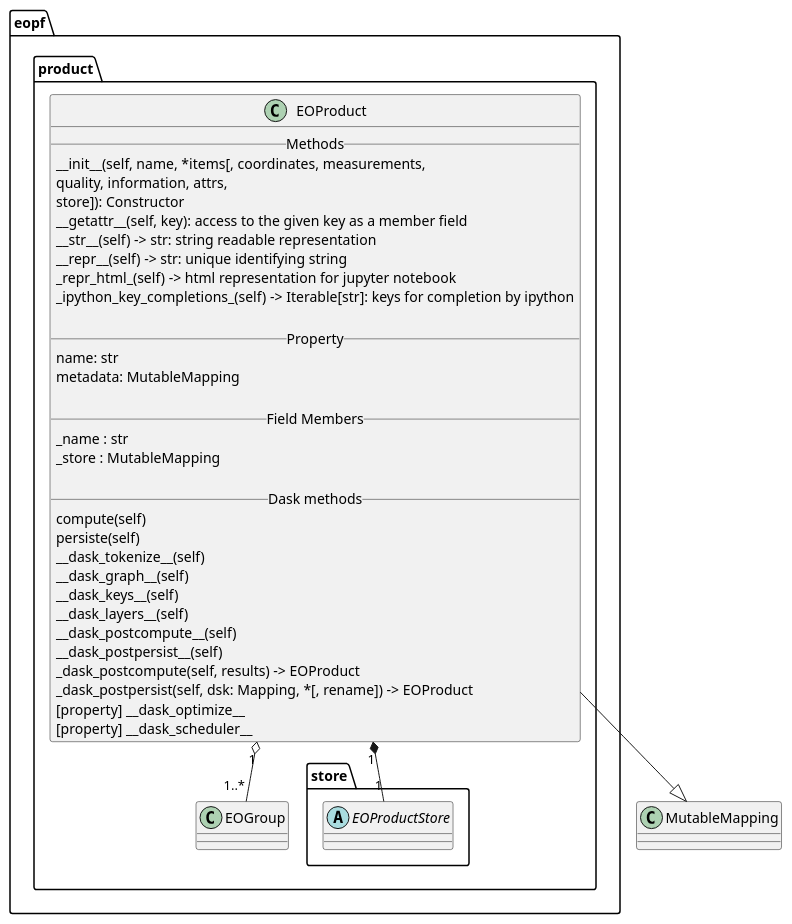
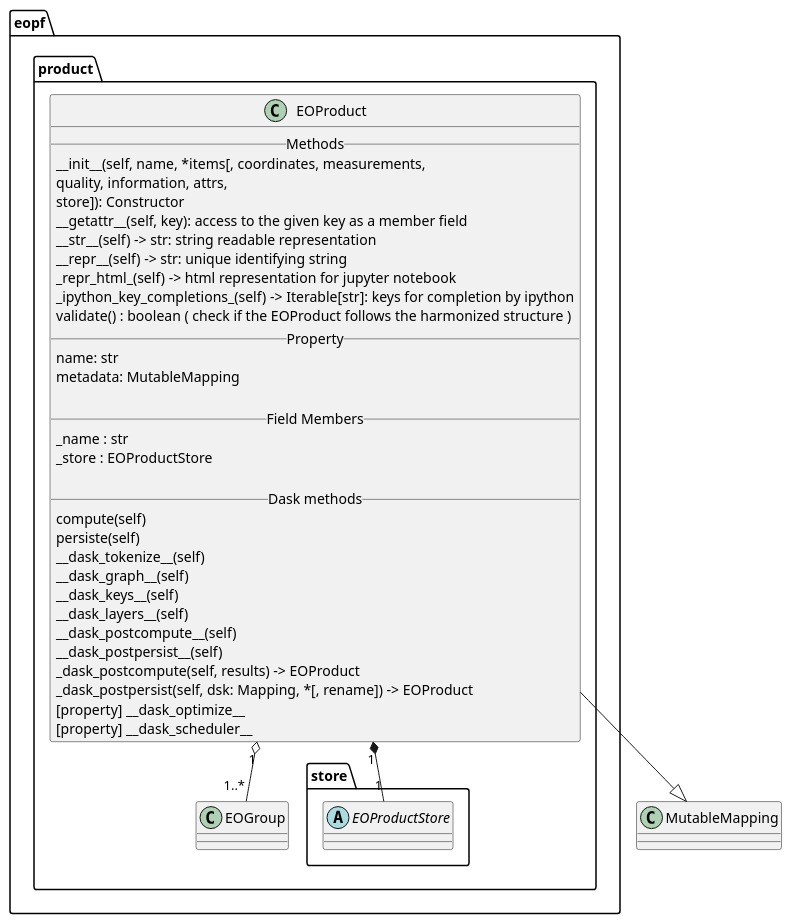
The diagram in docs/plantuml/eopf_product_eoproduct.puml (CSC-DPR/eopf-cpm), drawn with PlantUML before and after one commit.

Commit message:
adding validate function

```diff
--- a/docs/plantuml/eopf_product_eoproduct.puml
+++ b/docs/plantuml/eopf_product_eoproduct.puml
@@ -1,46 +1,46 @@
 @startuml
 package eopf.product {
     class EOProduct {
         ' EOProduct class shall implement Python magic/dunder methods necessary to emulate MutableMapping[Hashable, Group] type. The (Hashable) 'key' being the name of the group.
         __ Methods __
         __init__(self, name, *items[, coordinates, measurements,
             quality, information, attrs,
             store]): Constructor
         __getattr__(self, key): access to the given key as a member field
         __str__(self) -> str: string readable representation
         __repr__(self) -> str: unique identifying string
         _repr_html_(self) -> html representation for jupyter notebook
         _ipython_key_completions_(self) -> Iterable[str]: keys for completion by ipython
-
+         validate() : boolean ( check if the EOProduct follows the harmonized structure )
+        ' REQ-41 add selection rules ( bands , polarization, depending of the sensor)
         __ Property __
         name: str
         metadata: MutableMapping
 
         __ Field Members __
         _name : str
-        _store : MutableMapping
+        _store : EOProductStore
 
         __ Dask methods __
         compute(self)
         persiste(self)
         __dask_tokenize__(self)
         __dask_graph__(self)
         __dask_keys__(self)
         __dask_layers__(self)
         __dask_postcompute__(self)
         __dask_postpersist__(self)
         _dask_postcompute(self, results) -> EOProduct
         _dask_postpersist(self, dsk: Mapping, *[, rename]) -> EOProduct
         [property] __dask_optimize__
         [property] __dask_scheduler__
     }
     package store {
         abstract EOProductStore
     }
     EOProduct "1" o-- "1..*" EOGroup
 }
 
 EOProduct --|> MutableMapping
-
 EOProduct "1" *-- "1" EOProductStore
 @enduml
```
